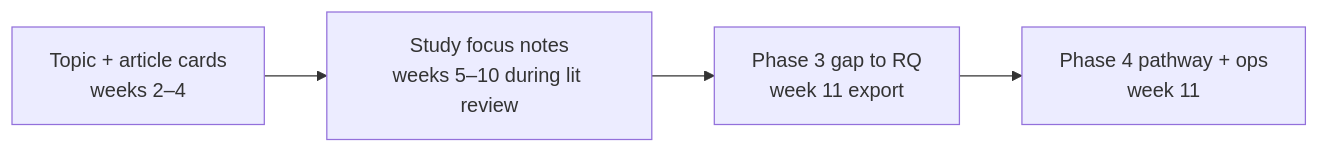
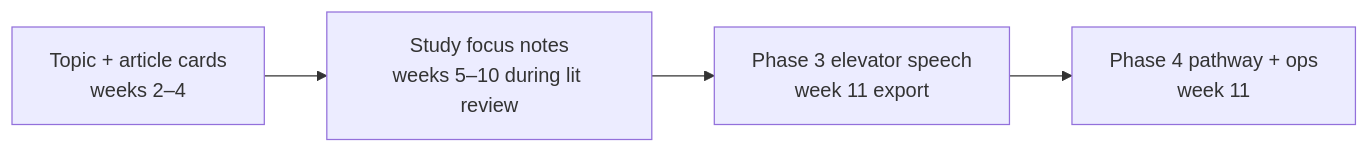
Before and after one commit to ChrisN-T4D/statassignments: the diagram in docs/superpowers/specs/2026-09-15-capstone-worksheets-studio-design.md, drawn with Mermaid. The commit also changed other lines of this file and 4 other files, not shown here.

First line of the commit message:
feat(rm): replace Phase 3 with elevator speech schema

````diff
--- a/docs/superpowers/specs/2026-09-15-capstone-worksheets-studio-design.md
+++ b/docs/superpowers/specs/2026-09-15-capstone-worksheets-studio-design.md
@@ -51,6 +53,6 @@
 ```mermaid
 flowchart LR
   A[Topic + article cards<br/>weeks 2–4] --> B[Study focus notes<br/>weeks 5–10 during lit review]
-  B --> C[Phase 3 gap to RQ<br/>week 11 export]
+  B --> C[Phase 3 elevator speech<br/>week 11 export]
   C --> D[Phase 4 pathway + ops<br/>week 11]
 ```
````
